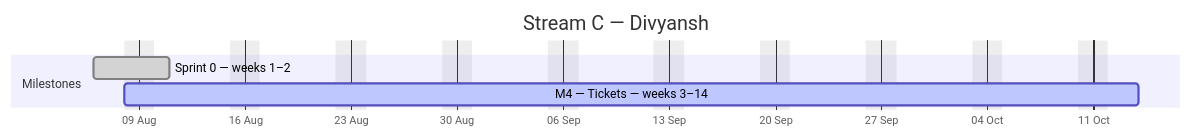
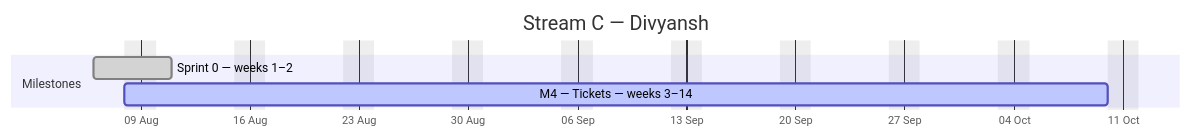
The third of 4 diagrams in docs/plan/GANTT.md (debashisedunext/EduTrack), drawn with Mermaid before and after one commit. The commit also changed other lines of this file and 3 other files, not shown here.

````diff
--- a/docs/plan/GANTT.md
+++ b/docs/plan/GANTT.md
@@ -136,10 +133,10 @@
 ```mermaid
 gantt
     dateFormat YYYY-MM-DD
     axisFormat %d %b
     title Stream C — Divyansh
     excludes weekends
     section Milestones
     Sprint 0 — weeks 1–2 :done, c0, 2026-08-06, 3d
-    M4 — Tickets — weeks 3–14 :active, c1, 2026-08-08, 48d
+    M4 — Tickets — weeks 3–14 :active, c1, 2026-08-08, 46d
 ```
````
